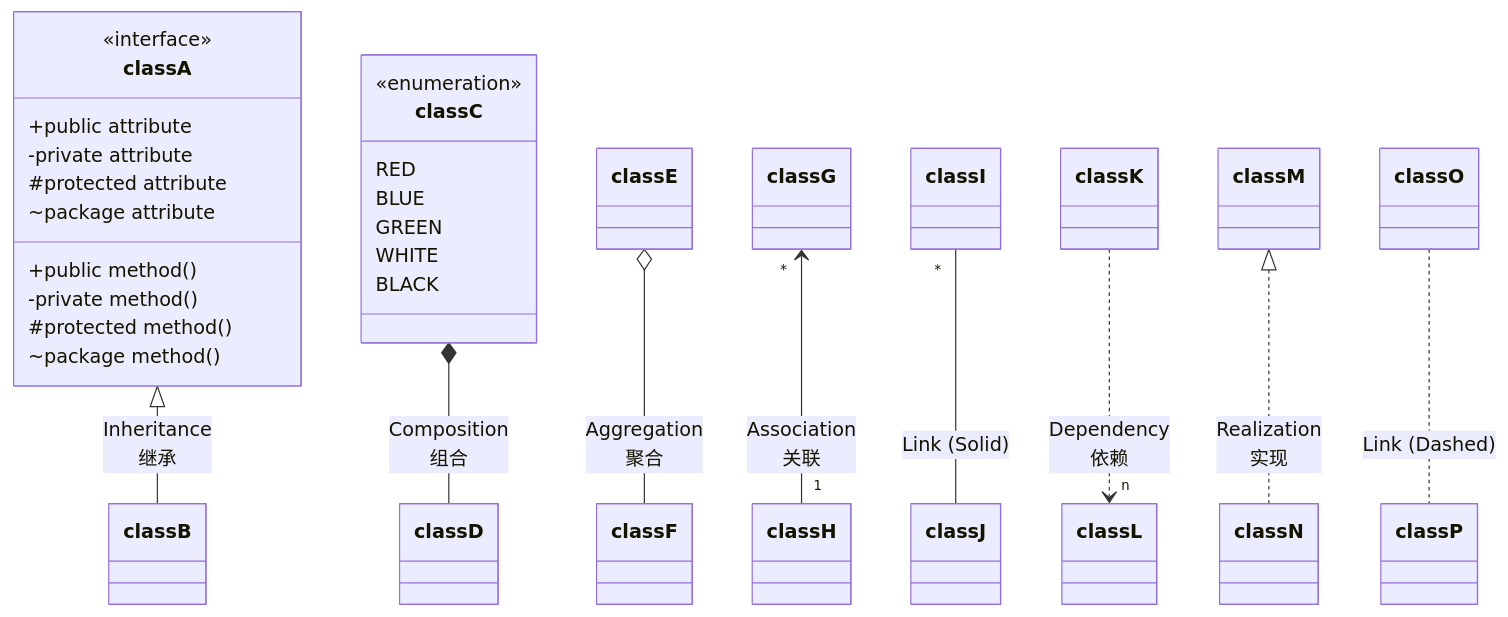
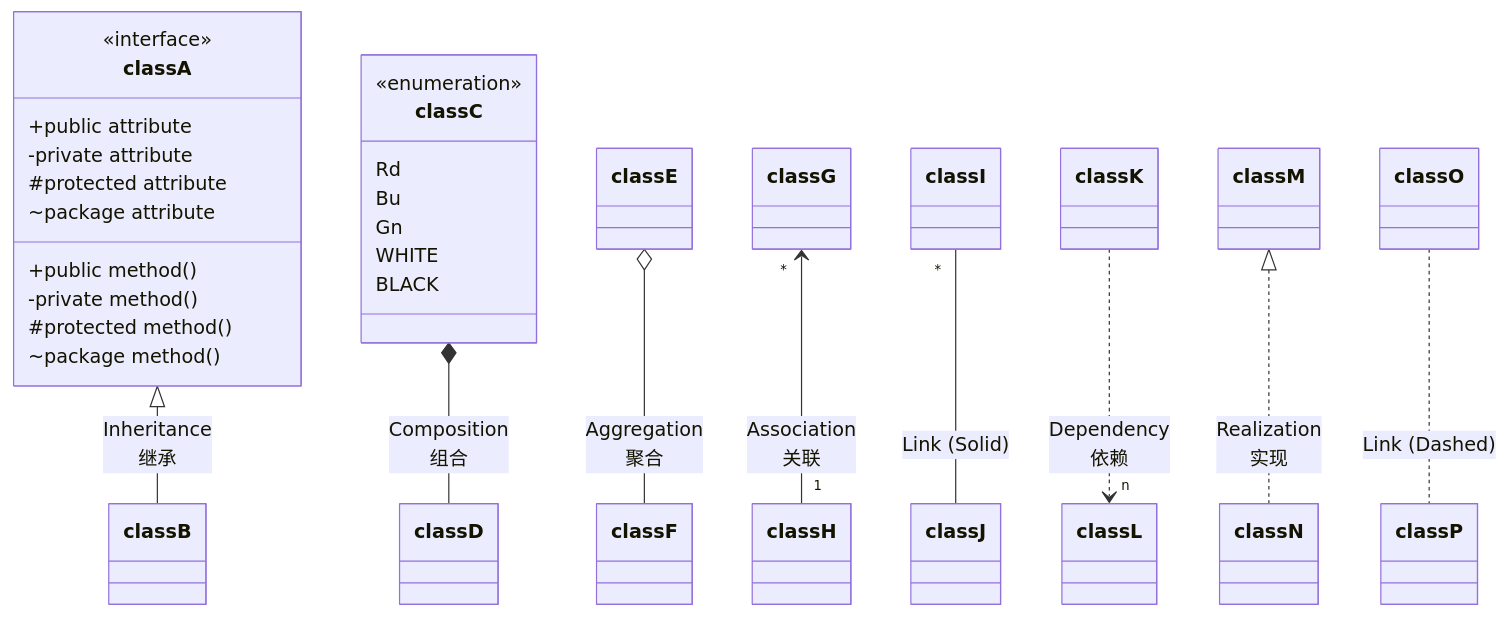
The ninth of 20 diagrams in released/demo/chart.md (MadMaxChow/VLOOK), drawn with Mermaid before and after one commit. The commit also changed other lines of this file and 99 other files, not shown here.

````diff
--- a/released/demo/chart.md
+++ b/released/demo/chart.md
@@ -555,32 +555,32 @@
 ```mermaid
 classDiagram
 classA <|-- classB : Inheritance<br>继承
 classC *-- classD : Composition<br>组合
 classE o-- classF : Aggregation<br>聚合
 classG "*" <-- "1" classH : Association<br>关联
 classI "*" -- classJ : Link (Solid)
 classK ..> "n" classL : Dependency<br>依赖
 classM <|.. classN : Realization<br>实现
 classO .. classP : Link (Dashed)
 
 class classA~Class~{
     <<interface>>
     +public attribute
     -private attribute
     #protected attribute
     ~package attribute
     +public method()
     -private method()
     #protected method()
     ~package method()
 }
 
 class classC{
     <<enumeration>>
-    RED
-    BLUE
-    GREEN
+    Rd
+    Bu
+    Gn
     WHITE
     BLACK
 }
 ```
````
